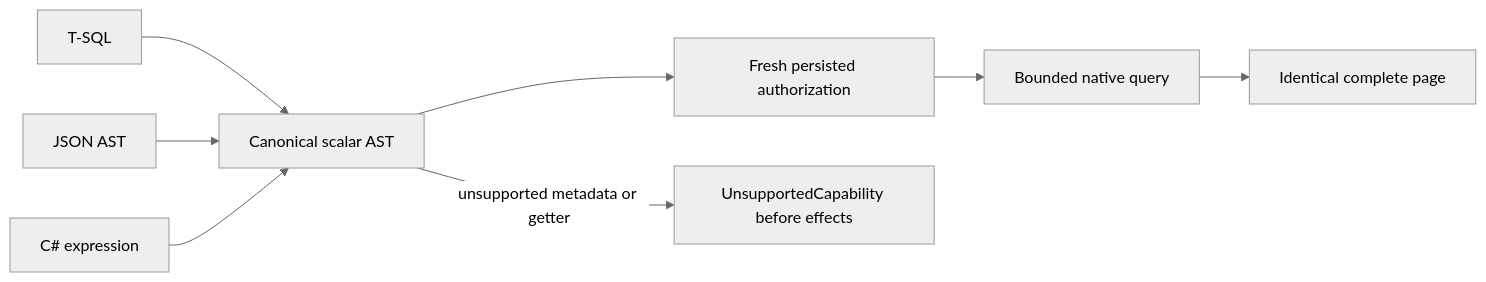
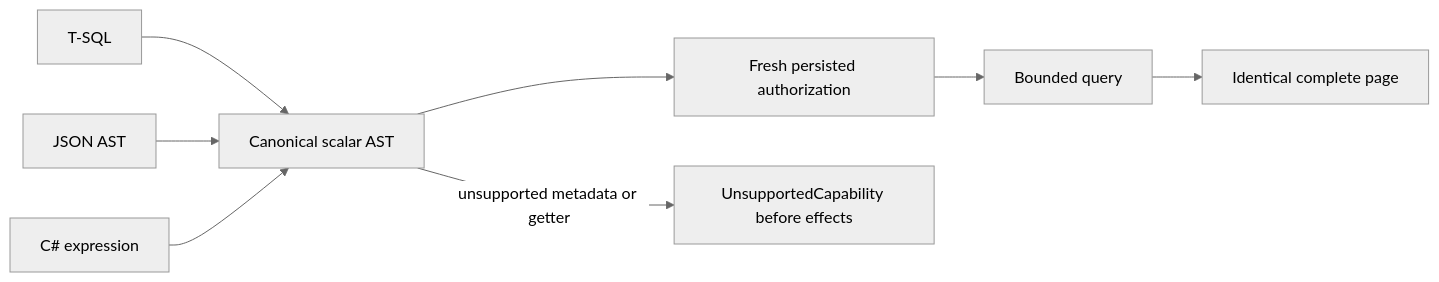
Before and after one commit to managedcode/KeyLoad: the diagram in docs/Features/QueryExecution/AdapterNullEquivalence.md, drawn with Mermaid (neutral theme). The commit also changed other lines of this file and 9016 other files, not shown here.

````diff
--- a/docs/Features/QueryExecution/AdapterNullEquivalence.md
+++ b/docs/Features/QueryExecution/AdapterNullEquivalence.md
@@ -23,10 +23,10 @@
 ```mermaid
 flowchart LR
     Sql[T-SQL] --> Ast[Canonical scalar AST]
     Json[JSON AST] --> Ast
     CSharp[C# expression] --> Ast
     Ast --> Auth[Fresh persisted authorization]
-    Auth --> Exec[Bounded native query]
+    Auth --> Exec[Bounded query]
     Exec --> Page[Identical complete page]
     Ast -->|unsupported metadata or getter| Refuse[UnsupportedCapability before effects]
 ```
````
